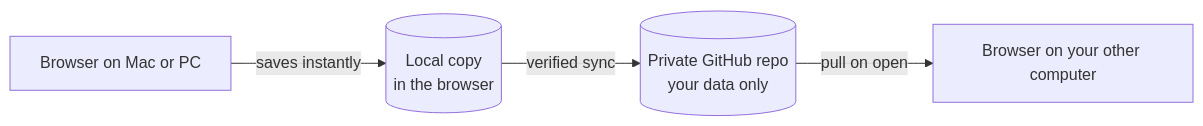
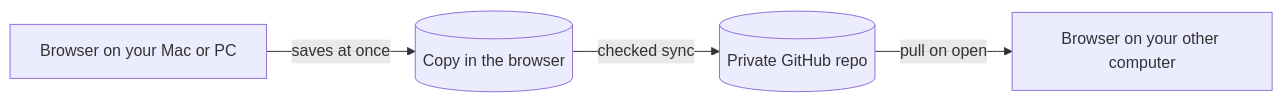
Before and after one commit to SeanAbasta/ledger-web-app: the diagram in README.md, drawn with Mermaid. The commit also changed other lines of this file and 1 other file, not shown here.

````diff
--- a/README.md
+++ b/README.md
@@ -117,6 +87,6 @@
 ```mermaid
 flowchart LR
-    A[Browser on Mac or PC] -->|saves instantly| B[(Local copy<br/>in the browser)]
-    B -->|verified sync| C[(Private GitHub repo<br/>your data only)]
+    A[Browser on your Mac or PC] -->|saves at once| B[(Copy in the browser)]
+    B -->|checked sync| C[(Private GitHub repo)]
     C -->|pull on open| D[Browser on your other computer]
 ```
````
